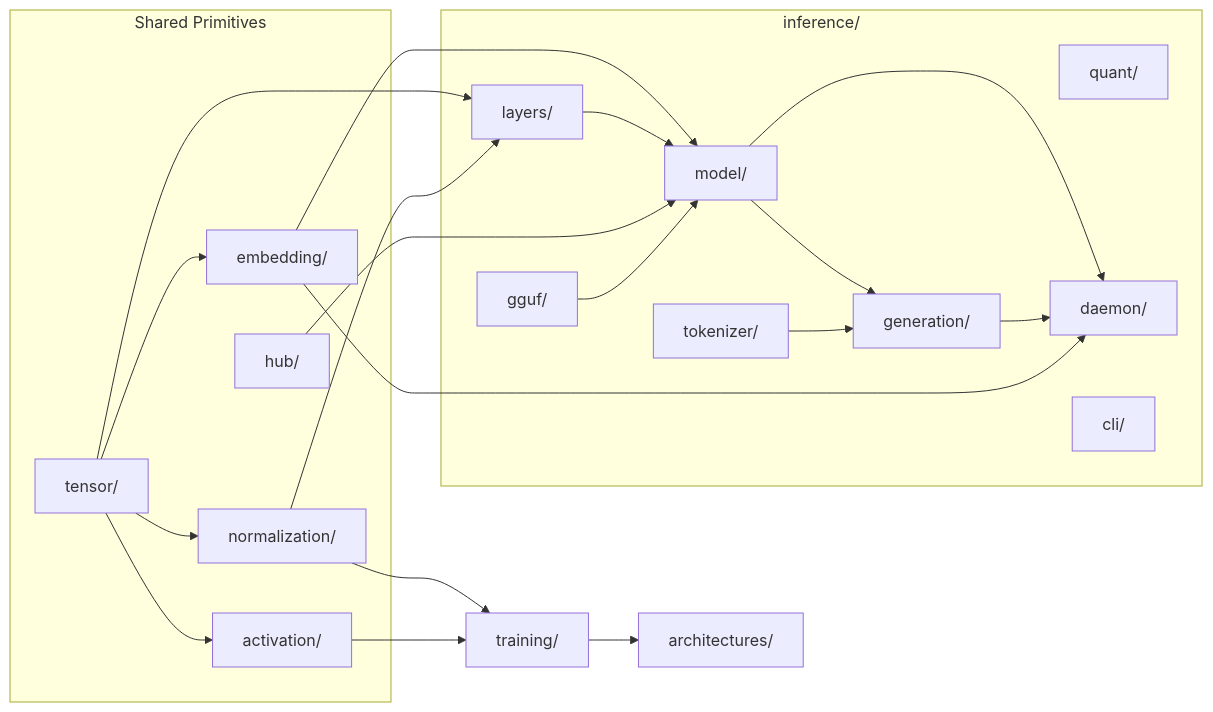
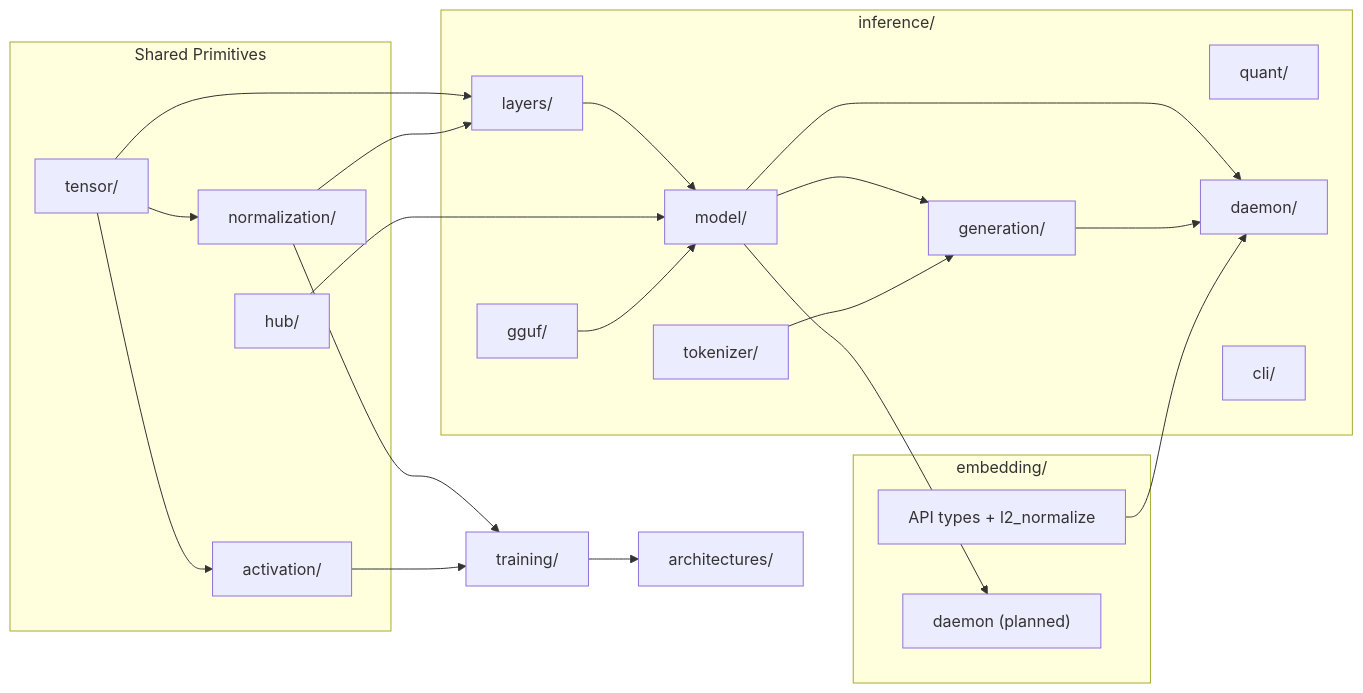
One commit to sweengineeringlabs/machinelearning changed the fourth of 5 diagrams in docs/3-design/guides/inference_pipeline.md. Above: the diagram before and after it, drawn with Mermaid. The commit also changed other lines of this file, not shown here.

Commit message:
docs: add data flow diagrams, ownership model, and weight tensor appendix

````diff
--- a/docs/3-design/guides/inference_pipeline.md
+++ b/docs/3-design/guides/inference_pipeline.md
@@ -331,42 +406,45 @@
 ```mermaid
 graph LR
     subgraph Shared["Shared Primitives"]
         tensor["tensor/"]
         norm["normalization/"]
         act["activation/"]
-        emb["embedding/"]
         hub["hub/"]
+    end
+
+    subgraph Embedding["embedding/"]
+        emb_types["API types + l2_normalize"]
+        emb_daemon["daemon (planned)"]
     end
 
     subgraph Inference["inference/"]
         layers["layers/"]
         model["model/"]
         gen["generation/"]
         quant["quant/"]
         gguf["gguf/"]
         tok["tokenizer/"]
         daemon["daemon/"]
         cli["cli/"]
     end
 
     tensor --> norm
     tensor --> act
-    tensor --> emb
     tensor --> layers
     norm --> layers
     norm --> training
     act --> training
-    emb --> model
     layers --> model
     hub --> model
     gguf --> model
     model --> gen
     tok --> gen
     model --> daemon
     gen --> daemon
-    emb --> daemon
+    model --> emb_daemon
+    emb_types --> daemon
 
     training["training/"]
     arch["architectures/"]
     training --> arch
 ```
````
